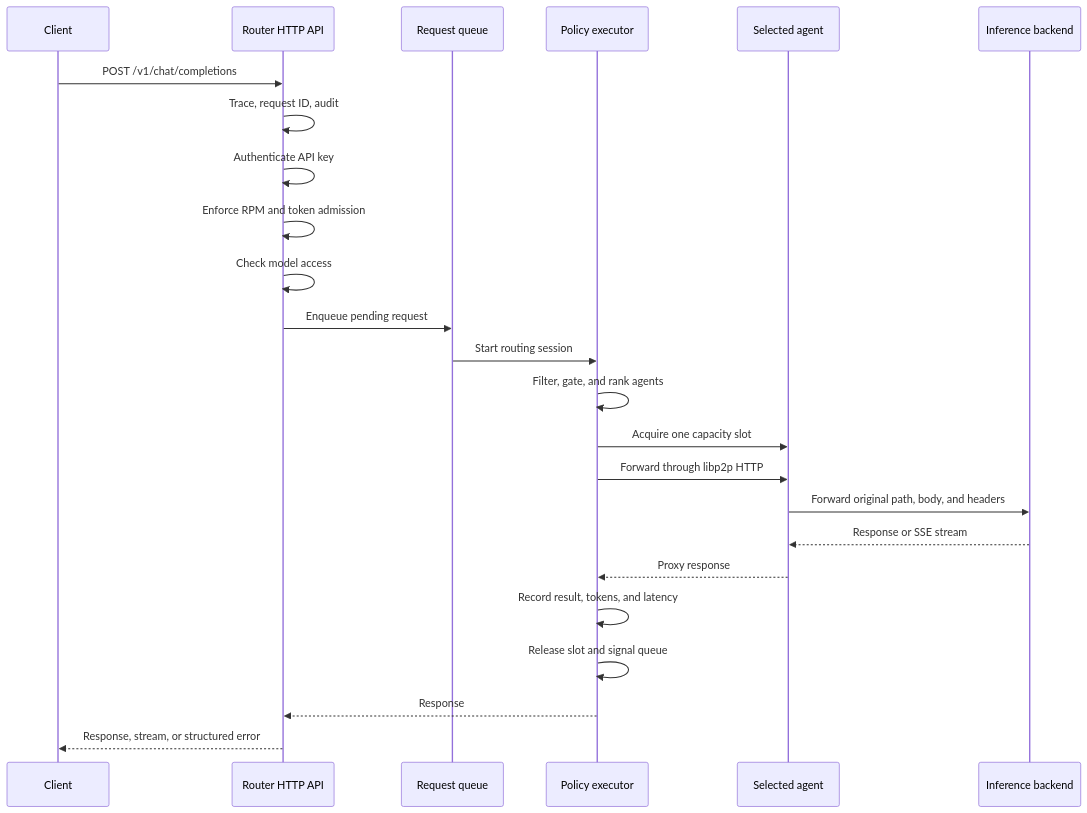
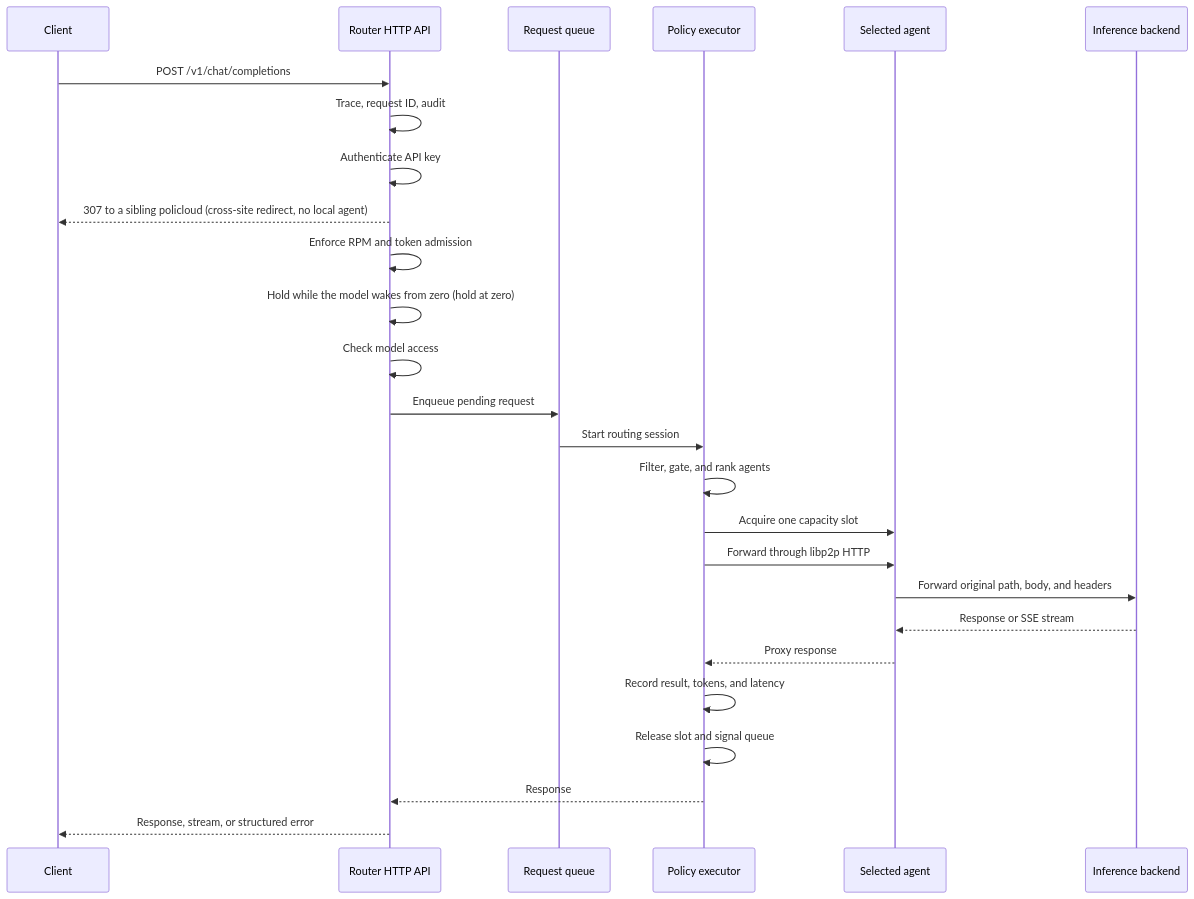
The fourth of 5 diagrams in docs/reference/detailed-architecture.mdx (HivenetOSS/hivenet_router), drawn with Mermaid before and after one commit. The commit also changed other lines of this file and 12 other files, not shown here.

First line of the commit message:
docs: hold at zero, and the request flow across redirect and wake

````diff
--- a/docs/reference/detailed-architecture.mdx
+++ b/docs/reference/detailed-architecture.mdx
@@ -530,27 +530,29 @@
 ```mermaid
 sequenceDiagram
     participant C as Client
     participant H as Router HTTP API
     participant Q as Request queue
     participant P as Policy executor
     participant A as Selected agent
     participant E as Inference backend
 
     C->>H: POST /v1/chat/completions
     H->>H: Trace, request ID, audit
     H->>H: Authenticate API key
+    H-->>C: 307 to a sibling policloud (cross-site redirect, no local agent)
     H->>H: Enforce RPM and token admission
+    H->>H: Hold while the model wakes from zero (hold at zero)
     H->>H: Check model access
     H->>Q: Enqueue pending request
     Q->>P: Start routing session
     P->>P: Filter, gate, and rank agents
     P->>A: Acquire one capacity slot
     P->>A: Forward through libp2p HTTP
     A->>E: Forward original path, body, and headers
     E-->>A: Response or SSE stream
     A-->>P: Proxy response
     P->>P: Record result, tokens, and latency
     P->>P: Release slot and signal queue
     P-->>H: Response
     H-->>C: Response, stream, or structured error
 ```
````
